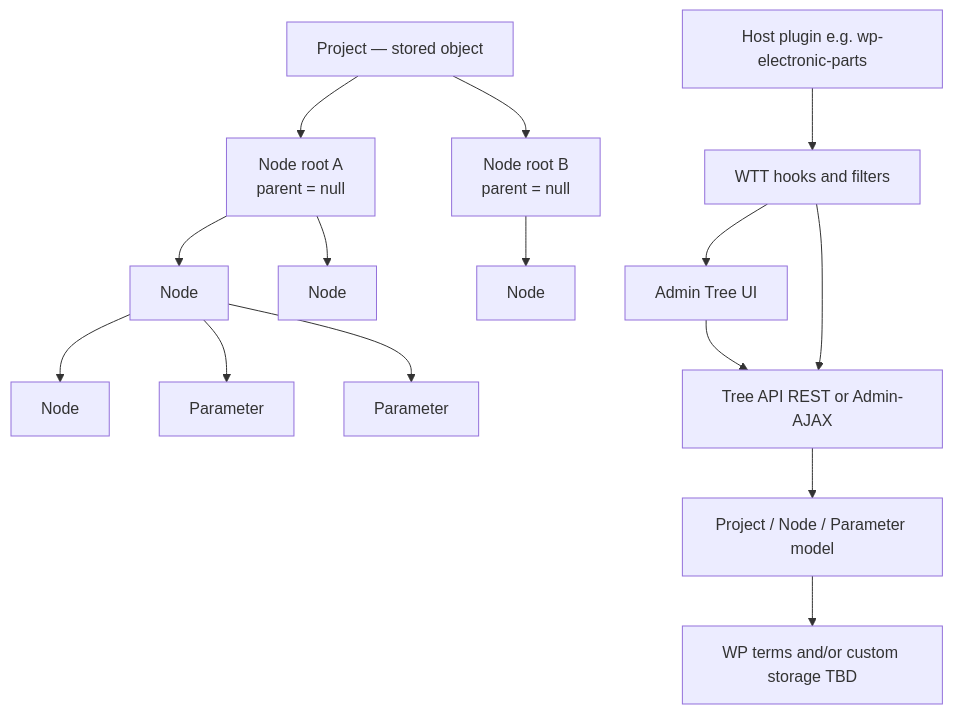
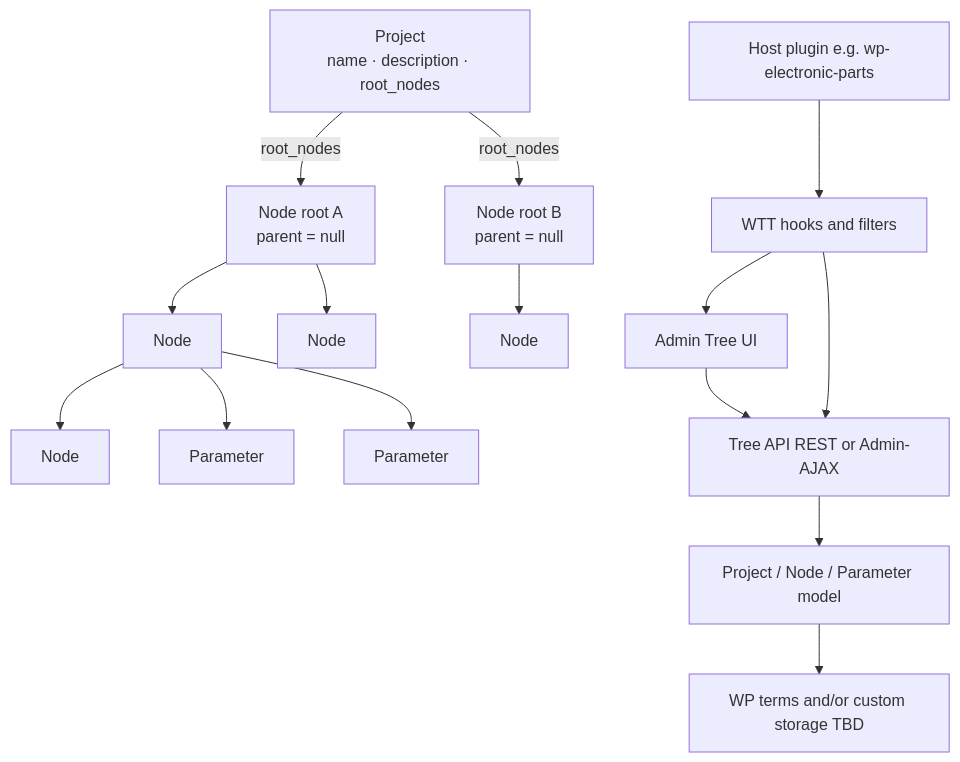
One commit to sfambach/wp-taxonomy-modeler changed the first of 2 diagrams in docs/ARCHITECTURE.md. Above: the diagram before and after it, drawn with Mermaid.

Commit message:
Show Project.root_nodes in architecture diagram

````diff
--- a/docs/ARCHITECTURE.md
+++ b/docs/ARCHITECTURE.md
@@ -13,19 +13,19 @@
 ```mermaid
 flowchart TB
-  Project["Project — stored object"]
-  Project --> R1["Node root A<br/>parent = null"]
-  Project --> R2["Node root B<br/>parent = null"]
+  Project["Project<br/>name · description · root_nodes"]
+  Project -->|root_nodes| R1["Node root A<br/>parent = null"]
+  Project -->|root_nodes| R2["Node root B<br/>parent = null"]
   R1 --> C1[Node]
   R1 --> C2[Node]
   C1 --> G1[Node]
   R2 --> C3[Node]
   C1 --> P1[Parameter]
   C1 --> P2[Parameter]
 
   Host[Host plugin e.g. wp-electronic-parts] --> Hooks[WTT hooks and filters]
   Admin[Admin Tree UI] --> API[Tree API REST or Admin-AJAX]
   API --> Model[Project / Node / Parameter model]
   Model --> Storage[WP terms and/or custom storage TBD]
   Hooks --> Admin
   Hooks --> API
 ```
````
